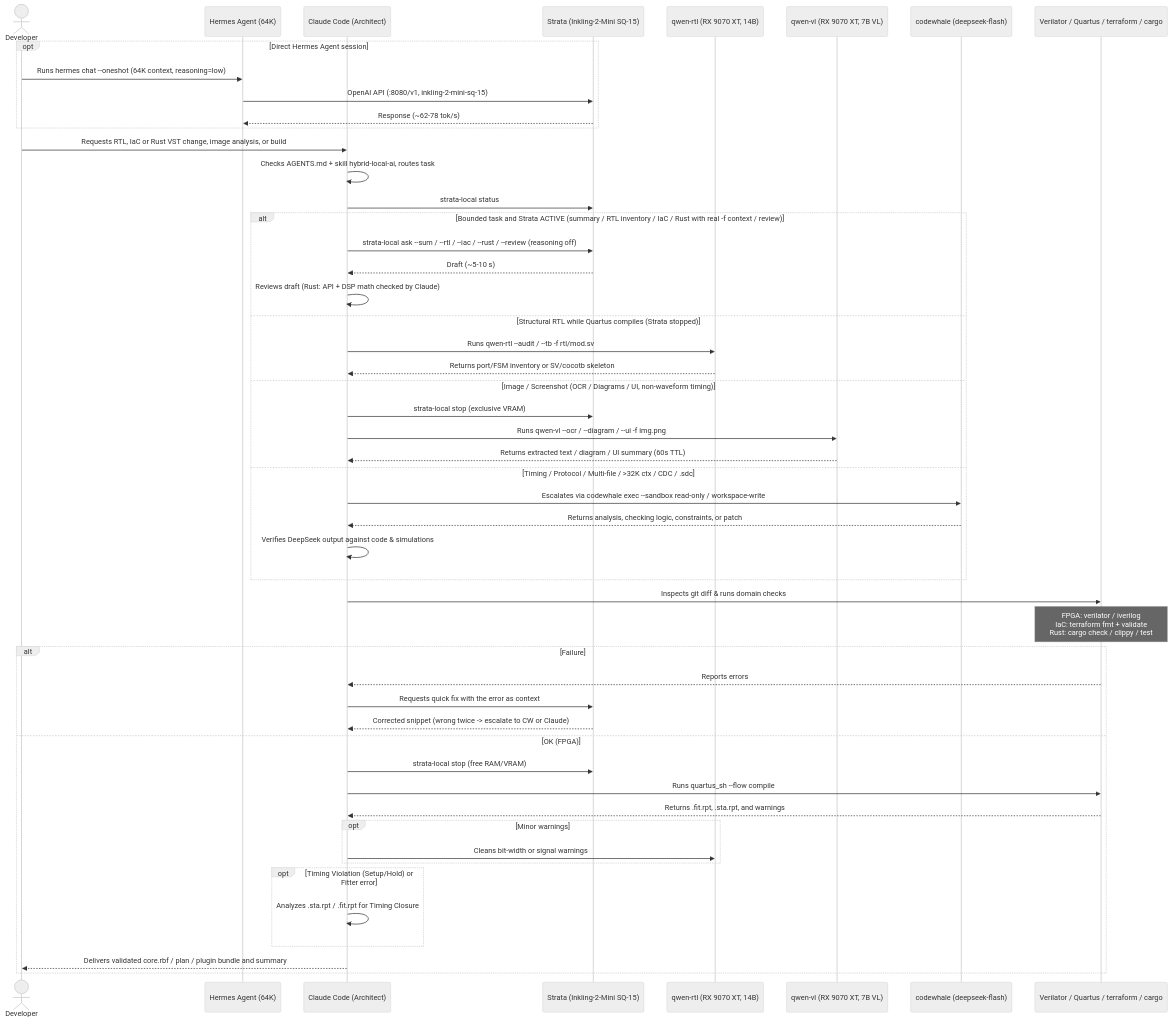
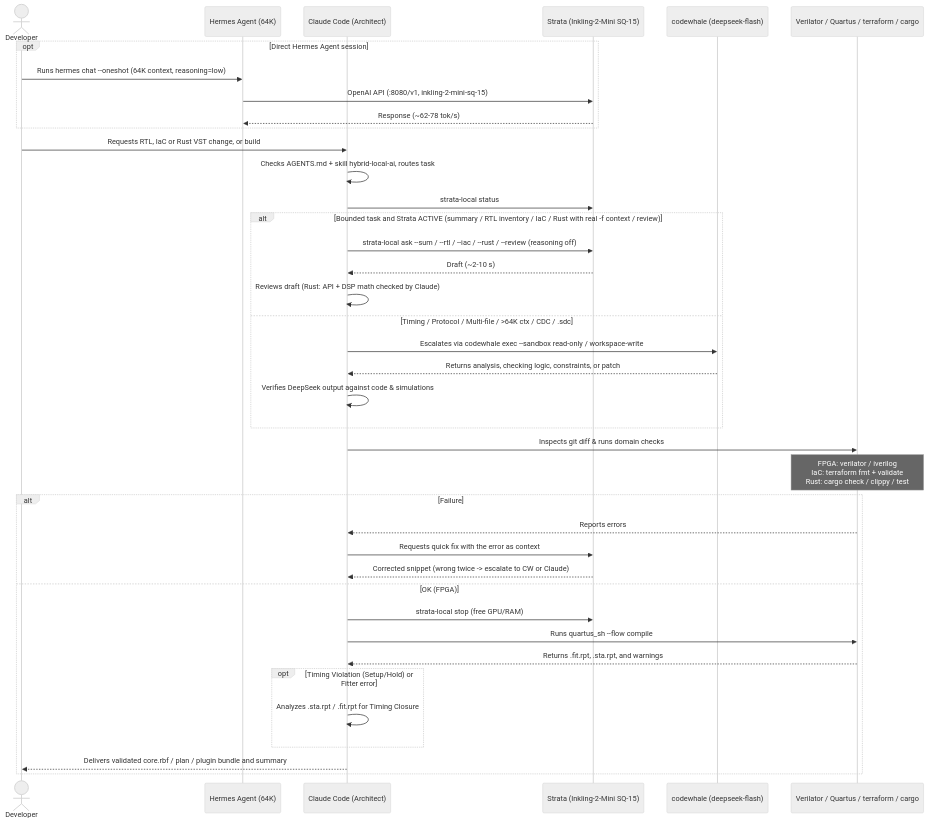
One commit to DanimanX/9070FpgaIAWorkflow changed the second of 3 diagrams in docs/ai-fpga-workflow.md. Above: the diagram before and after it, drawn with Mermaid (neutral theme). The commit also changed other lines of this file and 1 other file, not shown here.

Commit message:
docs: remove Ollama/Qwen sections and simplify workflow to Strata Inkling-2-Mini + codewhale

````diff
--- a/docs/ai-fpga-workflow.md
+++ b/docs/ai-fpga-workflow.md
@@ -52,58 +47,46 @@
 ```mermaid
 sequenceDiagram
     actor Dev as Developer
     participant Hermes as Hermes Agent (64K)
     participant Claude as Claude Code (Architect)
     participant Strata as Strata (Inkling-2-Mini SQ-15)
-    participant Qwen as qwen-rtl (RX 9070 XT, 14B)
-    participant QwenVL as qwen-vl (RX 9070 XT, 7B VL)
     participant CW as codewhale (deepseek-flash)
     participant Tools as Verilator / Quartus / terraform / cargo
 
     opt Direct Hermes Agent session
         Dev->>Hermes: Runs hermes chat --oneshot (64K context, reasoning=low)
         Hermes->>Strata: OpenAI API (:8080/v1, inkling-2-mini-sq-15)
         Strata-->>Hermes: Response (~62-78 tok/s)
     end
 
-    Dev->>Claude: Requests RTL, IaC or Rust VST change, image analysis, or build
+    Dev->>Claude: Requests RTL, IaC or Rust VST change, or build
     Claude->>Claude: Checks AGENTS.md + skill hybrid-local-ai, routes task
     Claude->>Strata: strata-local status
 
     alt Bounded task and Strata ACTIVE (summary / RTL inventory / IaC / Rust with real -f context / review)
         Claude->>Strata: strata-local ask --sum / --rtl / --iac / --rust / --review (reasoning off)
-        Strata-->>Claude: Draft (~5-10 s)
+        Strata-->>Claude: Draft (~2-10 s)
         Claude->>Claude: Reviews draft (Rust: API + DSP math checked by Claude)
-    else Structural RTL while Quartus compiles (Strata stopped)
-        Claude->>Qwen: Runs qwen-rtl --audit / --tb -f rtl/mod.sv
-        Qwen-->>Claude: Returns port/FSM inventory or SV/cocotb skeleton
-    else Image / Screenshot (OCR / Diagrams / UI, non-waveform timing)
-        Claude->>Strata: strata-local stop (exclusive VRAM)
-        Claude->>QwenVL: Runs qwen-vl --ocr / --diagram / --ui -f img.png
-        QwenVL-->>Claude: Returns extracted text / diagram / UI summary (60s TTL)
-    else Timing / Protocol / Multi-file / >32K ctx / CDC / .sdc
+    else Timing / Protocol / Multi-file / >64K ctx / CDC / .sdc
         Claude->>CW: Escalates via codewhale exec --sandbox read-only / workspace-write
         CW-->>Claude: Returns analysis, checking logic, constraints, or patch
         Claude->>Claude: Verifies DeepSeek output against code & simulations
     end
 
     Claude->>Tools: Inspects git diff & runs domain checks
     Note over Tools: FPGA: verilator / iverilog<br/>IaC: terraform fmt + validate<br/>Rust: cargo check / clippy / test
 
     alt Failure
         Tools-->>Claude: Reports errors
         Claude->>Strata: Requests quick fix with the error as context
         Strata-->>Claude: Corrected snippet (wrong twice -> escalate to CW or Claude)
     else OK (FPGA)
-        Claude->>Strata: strata-local stop (free RAM/VRAM)
+        Claude->>Strata: strata-local stop (free GPU/RAM)
         Claude->>Tools: Runs quartus_sh --flow compile
         Tools-->>Claude: Returns .fit.rpt, .sta.rpt, and warnings
-        opt Minor warnings
-            Claude->>Qwen: Cleans bit-width or signal warnings
-        end
         opt Timing Violation (Setup/Hold) or Fitter error
             Claude->>Claude: Analyzes .sta.rpt / .fit.rpt for Timing Closure
         end
         Claude-->>Dev: Delivers validated core.rbf / plan / plugin bundle and summary
     end
 ```
````
